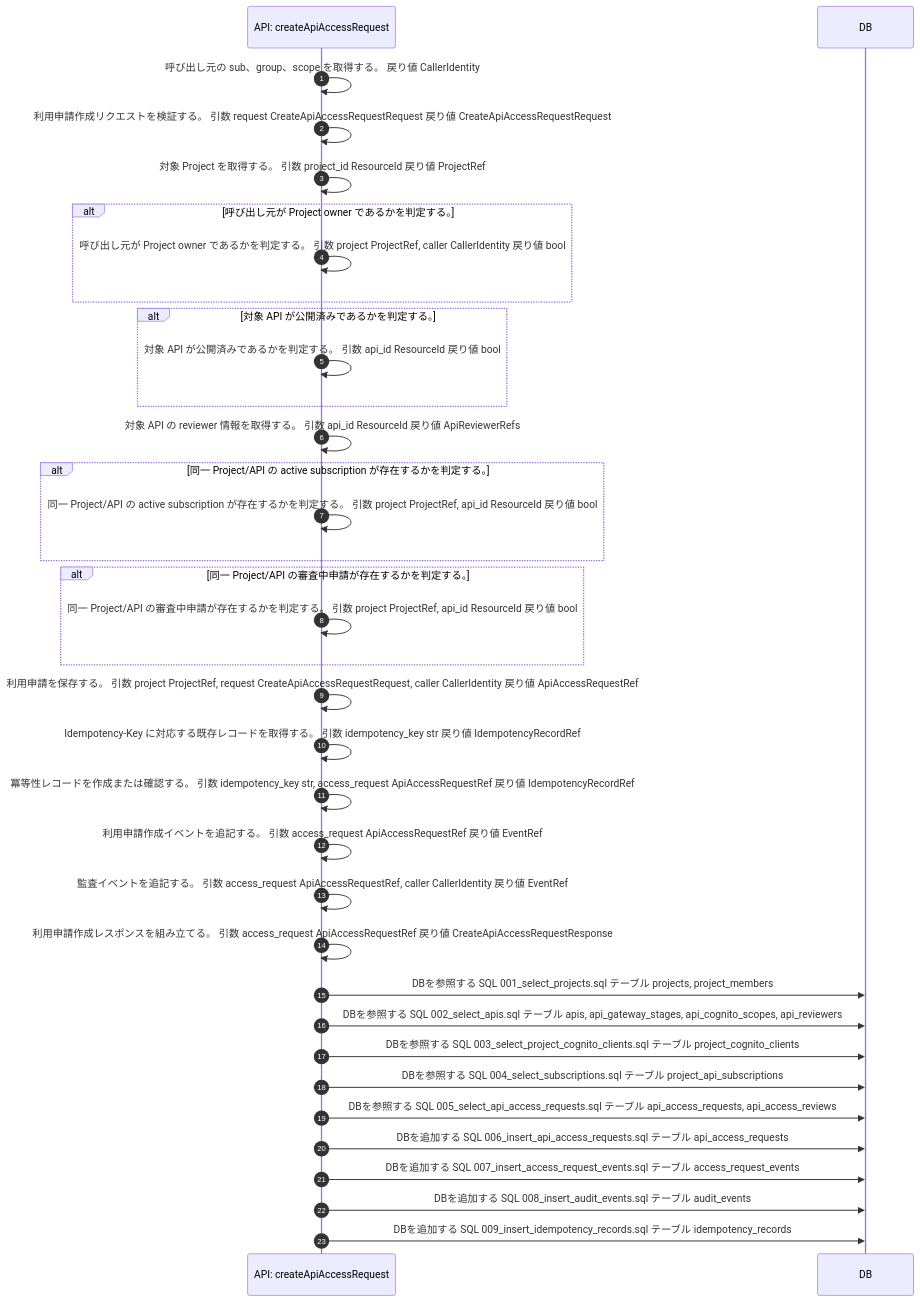
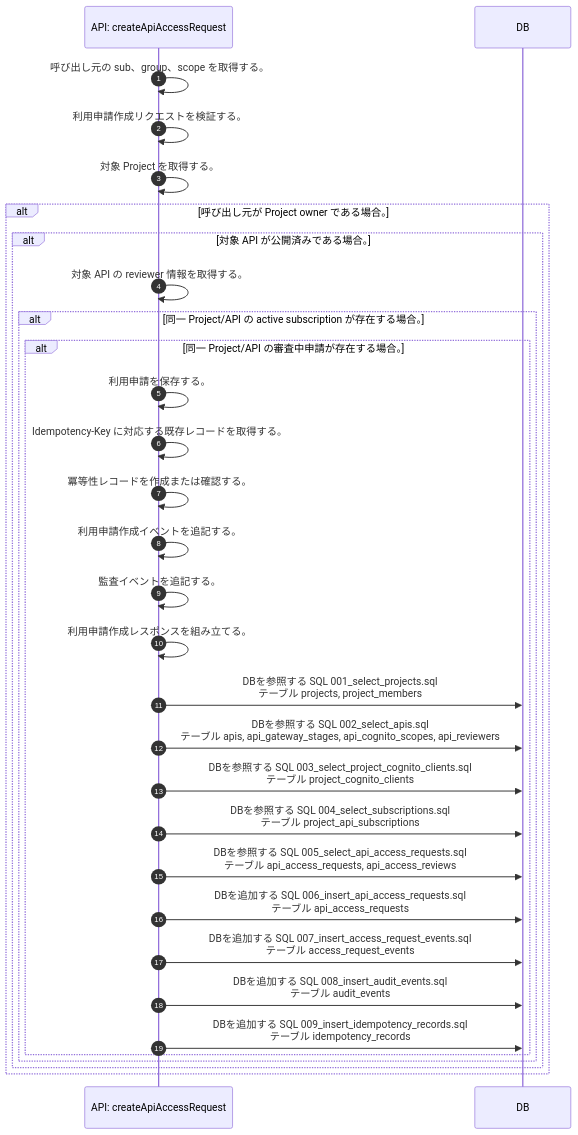
One commit to tsuji-tomonori/lazunex changed the diagram in docs/spec/40.apis/projects/create_api_access_request/sequence_gen.md. Above: the diagram before and after it, drawn with Mermaid. The commit also changed 16 other files, not shown here.

First line of the commit message:
🐛 fix(api): sequence条件分岐の表示を修正

````diff
--- a/docs/spec/40.apis/projects/create_api_access_request/sequence_gen.md
+++ b/docs/spec/40.apis/projects/create_api_access_request/sequence_gen.md
@@ -5,37 +5,33 @@
 ```mermaid
 sequenceDiagram
   autonumber
   participant API as API: createApiAccessRequest
   participant DB as DB
-  API->>API: 呼び出し元の sub、group、scope を取得する。 戻り値 CallerIdentity
-  API->>API: 利用申請作成リクエストを検証する。 引数 request CreateApiAccessRequestRequest 戻り値 CreateApiAccessRequestRequest
-  API->>API: 対象 Project を取得する。 引数 project_id ResourceId 戻り値 ProjectRef
-  alt 呼び出し元が Project owner であるかを判定する。
-    API->>API: 呼び出し元が Project owner であるかを判定する。 引数 project ProjectRef, caller CallerIdentity 戻り値 bool
+  API->>API: 呼び出し元の sub、group、scope を取得する。
+  API->>API: 利用申請作成リクエストを検証する。
+  API->>API: 対象 Project を取得する。
+  alt 呼び出し元が Project owner である場合。
+    alt 対象 API が公開済みである場合。
+      API->>API: 対象 API の reviewer 情報を取得する。
+      alt 同一 Project/API の active subscription が存在する場合。
+        alt 同一 Project/API の審査中申請が存在する場合。
+          API->>API: 利用申請を保存する。
+          API->>API: Idempotency-Key に対応する既存レコードを取得する。
+          API->>API: 冪等性レコードを作成または確認する。
+          API->>API: 利用申請作成イベントを追記する。
+          API->>API: 監査イベントを追記する。
+          API->>API: 利用申請作成レスポンスを組み立てる。
+          API->>DB: DBを参照する SQL 001_select_projects.sql<br/>テーブル projects, project_members
+          API->>DB: DBを参照する SQL 002_select_apis.sql<br/>テーブル apis, api_gateway_stages, api_cognito_scopes, api_reviewers
+          API->>DB: DBを参照する SQL 003_select_project_cognito_clients.sql<br/>テーブル project_cognito_clients
+          API->>DB: DBを参照する SQL 004_select_subscriptions.sql<br/>テーブル project_api_subscriptions
+          API->>DB: DBを参照する SQL 005_select_api_access_requests.sql<br/>テーブル api_access_requests, api_access_reviews
+          API->>DB: DBを追加する SQL 006_insert_api_access_requests.sql<br/>テーブル api_access_requests
+          API->>DB: DBを追加する SQL 007_insert_access_request_events.sql<br/>テーブル access_request_events
+          API->>DB: DBを追加する SQL 008_insert_audit_events.sql<br/>テーブル audit_events
+          API->>DB: DBを追加する SQL 009_insert_idempotency_records.sql<br/>テーブル idempotency_records
+        end
+      end
+    end
   end
-  alt 対象 API が公開済みであるかを判定する。
-    API->>API: 対象 API が公開済みであるかを判定する。 引数 api_id ResourceId 戻り値 bool
-  end
-  API->>API: 対象 API の reviewer 情報を取得する。 引数 api_id ResourceId 戻り値 ApiReviewerRefs
-  alt 同一 Project/API の active subscription が存在するかを判定する。
-    API->>API: 同一 Project/API の active subscription が存在するかを判定する。 引数 project ProjectRef, api_id ResourceId 戻り値 bool
-  end
-  alt 同一 Project/API の審査中申請が存在するかを判定する。
-    API->>API: 同一 Project/API の審査中申請が存在するかを判定する。 引数 project ProjectRef, api_id ResourceId 戻り値 bool
-  end
-  API->>API: 利用申請を保存する。 引数 project ProjectRef, request CreateApiAccessRequestRequest, caller CallerIdentity 戻り値 ApiAccessRequestRef
-  API->>API: Idempotency-Key に対応する既存レコードを取得する。 引数 idempotency_key str 戻り値 IdempotencyRecordRef
-  API->>API: 冪等性レコードを作成または確認する。 引数 idempotency_key str, access_request ApiAccessRequestRef 戻り値 IdempotencyRecordRef
-  API->>API: 利用申請作成イベントを追記する。 引数 access_request ApiAccessRequestRef 戻り値 EventRef
-  API->>API: 監査イベントを追記する。 引数 access_request ApiAccessRequestRef, caller CallerIdentity 戻り値 EventRef
-  API->>API: 利用申請作成レスポンスを組み立てる。 引数 access_request ApiAccessRequestRef 戻り値 CreateApiAccessRequestResponse
-  API->>DB: DBを参照する SQL 001_select_projects.sql テーブル projects, project_members
-  API->>DB: DBを参照する SQL 002_select_apis.sql テーブル apis, api_gateway_stages, api_cognito_scopes, api_reviewers
-  API->>DB: DBを参照する SQL 003_select_project_cognito_clients.sql テーブル project_cognito_clients
-  API->>DB: DBを参照する SQL 004_select_subscriptions.sql テーブル project_api_subscriptions
-  API->>DB: DBを参照する SQL 005_select_api_access_requests.sql テーブル api_access_requests, api_access_reviews
-  API->>DB: DBを追加する SQL 006_insert_api_access_requests.sql テーブル api_access_requests
-  API->>DB: DBを追加する SQL 007_insert_access_request_events.sql テーブル access_request_events
-  API->>DB: DBを追加する SQL 008_insert_audit_events.sql テーブル audit_events
-  API->>DB: DBを追加する SQL 009_insert_idempotency_records.sql テーブル idempotency_records
 ```
````
